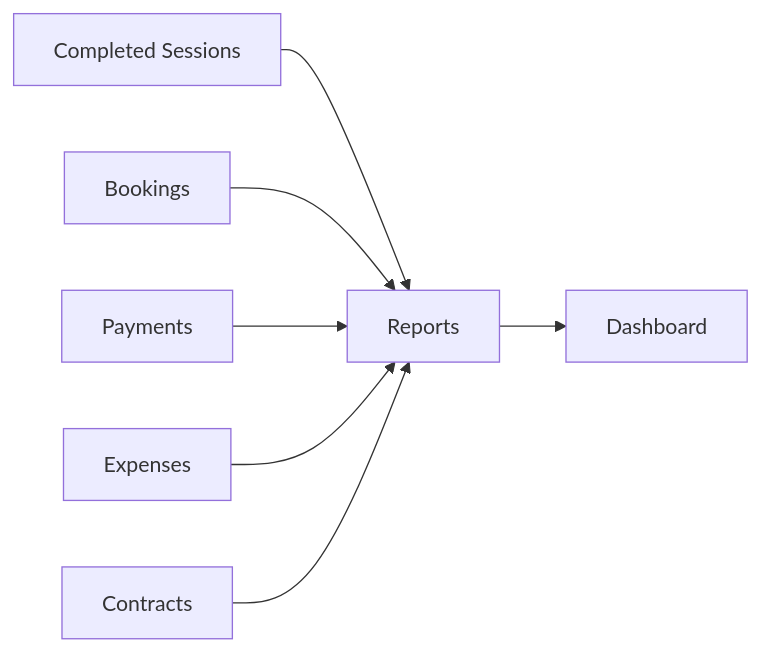
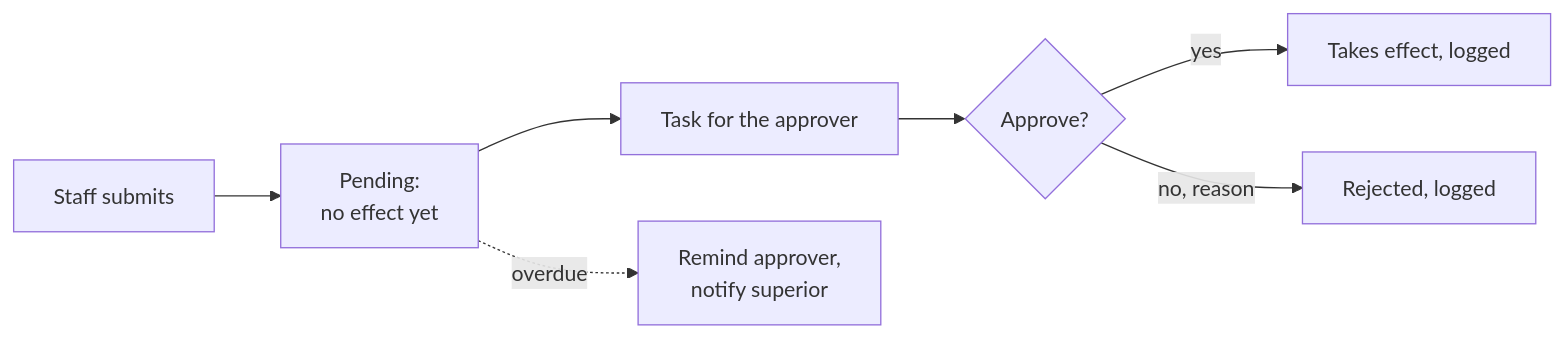
The fifth of 5 diagrams in docs/02_BUSINESS_FLOW.md (huynhviettuan/fitness-crm), drawn with Mermaid before and after one commit. The commit also changed other lines of this file and 32 other files, not shown here.

First line of the commit message:
Adopt brief v2: Flow Fitness CRM documentation package

````diff
--- a/docs/02_BUSINESS_FLOW.md
+++ b/docs/02_BUSINESS_FLOW.md
@@ -77,9 +125,9 @@
 ```mermaid
 flowchart LR
-    S[Completed Sessions] --> R[Reports]
-    B[Bookings] --> R
-    P[Payments] --> R
-    E[Expenses] --> R
-    C[Contracts] --> R
-    R --> D[Dashboard]
+    S[Staff submits] --> P[Pending:<br/>no effect yet]
+    P --> T[Task for the approver]
+    T --> A{Approve?}
+    A -- yes --> E[Takes effect, logged]
+    A -- no, reason --> J[Rejected, logged]
+    P -. overdue .-> N[Remind approver,<br/>notify superior]
 ```
````
